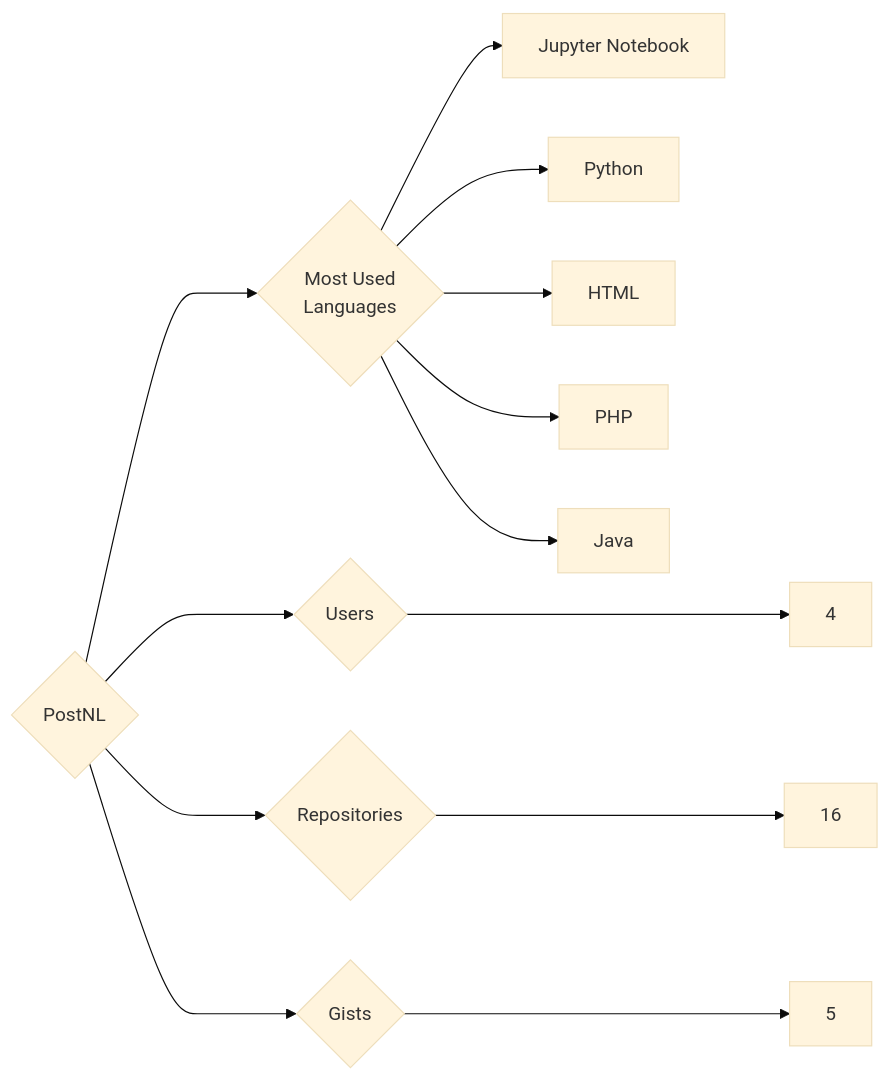
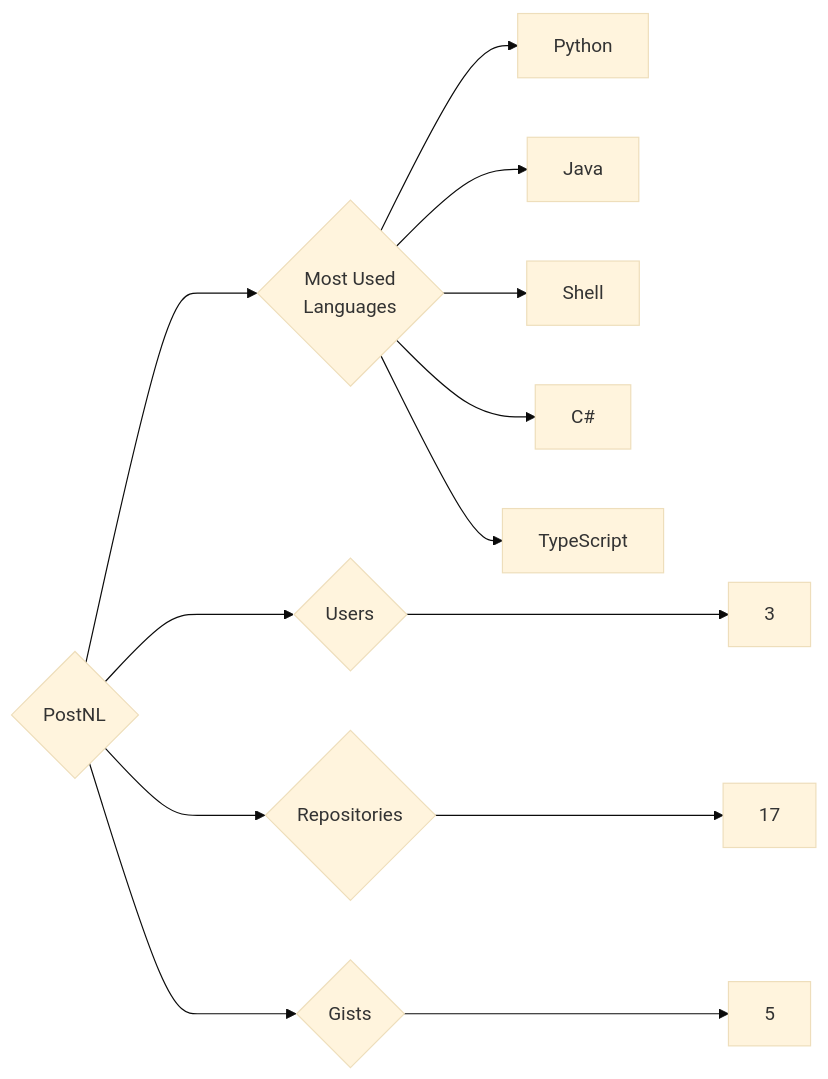
One commit to trickest/insiders changed the diagram in targets/PostNL/README.md. Above: the diagram before and after it, drawn with Mermaid (base theme). The commit also changed 1696 other files, not shown here.

````diff
--- a/targets/PostNL/README.md
+++ b/targets/PostNL/README.md
@@ -3,13 +3,13 @@
 ```mermaid
 graph LR
 COMPANY_NAME{PostNL}
-COMPANY_NAME ---> U{Users} ---> UN[4]
-COMPANY_NAME ---> R{Repositories} ---> RN[16]
+COMPANY_NAME ---> U{Users} ---> UN[3]
+COMPANY_NAME ---> R{Repositories} ---> RN[17]
 COMPANY_NAME ---> G{Gists} ---> GN[5]
 COMPANY_NAME ---> ML{Most Used<br>Languages}
-ML --> Jupyter_Notebook[Jupyter Notebook]
 ML --> Python[Python]
-ML --> HTML[HTML]
-ML --> PHP[PHP]
 ML --> Java[Java]
+ML --> Shell[Shell]
+ML --> C#[C#]
+ML --> TypeScript[TypeScript]
 ```
````
